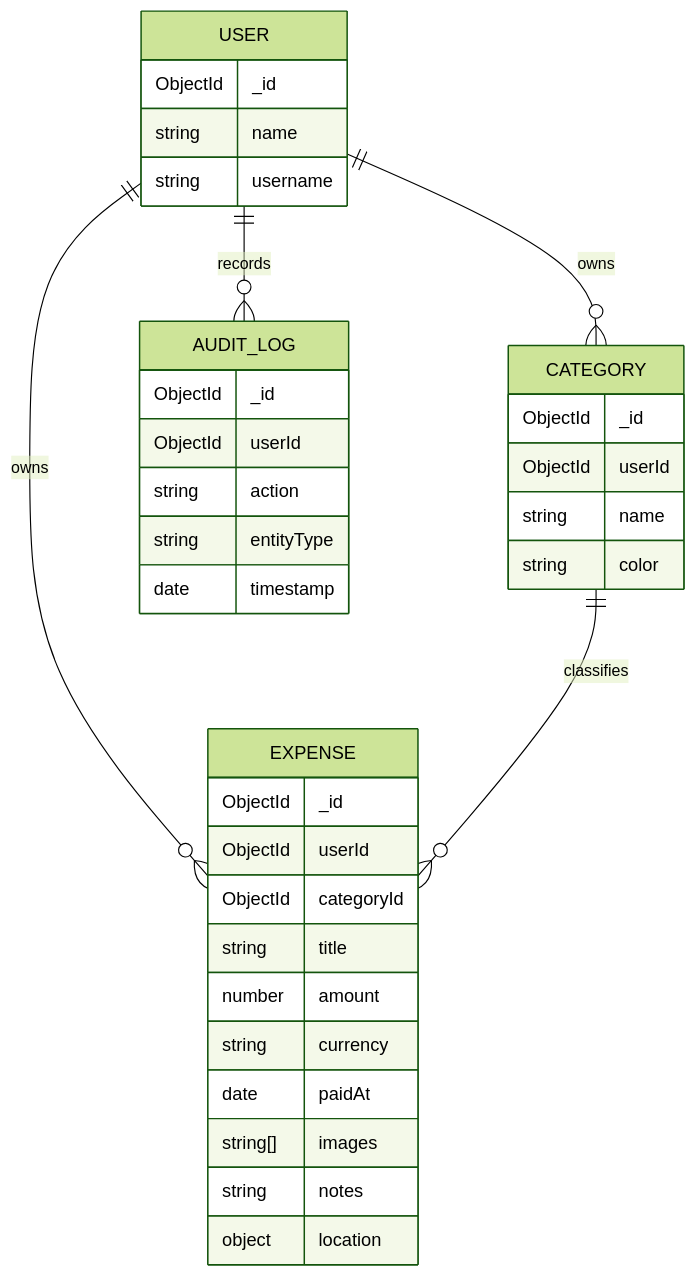
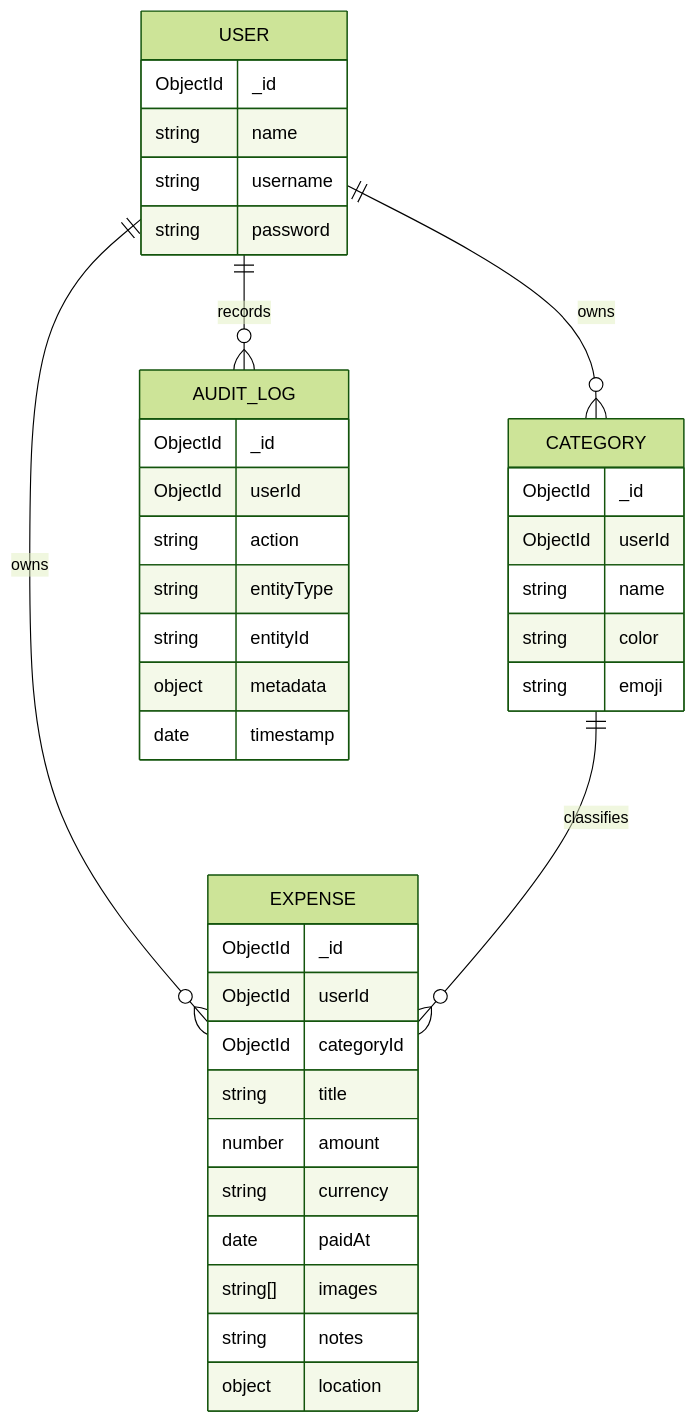
The diagram in docs/DATABASE_SCHEMA.md (bharatbhusal/track-my-biryani), drawn with Mermaid (forest theme) before and after one commit. The commit also changed other lines of this file and 6 other files, not shown here.

Commit message:
feat(docs): update README, API, and architecture documentation for clarity and accuracy

````diff
--- a/docs/DATABASE_SCHEMA.md
+++ b/docs/DATABASE_SCHEMA.md
@@ -35,41 +35,45 @@
 ```mermaid
 erDiagram
   USER ||--o{ CATEGORY : owns
   USER ||--o{ EXPENSE : owns
   USER ||--o{ AUDIT_LOG : records
   CATEGORY ||--o{ EXPENSE : classifies
 
   USER {
     ObjectId _id
     string name
     string username
+    string password
   }
 
   CATEGORY {
     ObjectId _id
     ObjectId userId
     string name
     string color
+    string emoji
   }
 
   EXPENSE {
     ObjectId _id
     ObjectId userId
     ObjectId categoryId
     string title
     number amount
     string currency
     date paidAt
     string[] images
     string notes
     object location
   }
 
   AUDIT_LOG {
     ObjectId _id
     ObjectId userId
     string action
     string entityType
+    string entityId
+    object metadata
     date timestamp
   }
 ```
````
